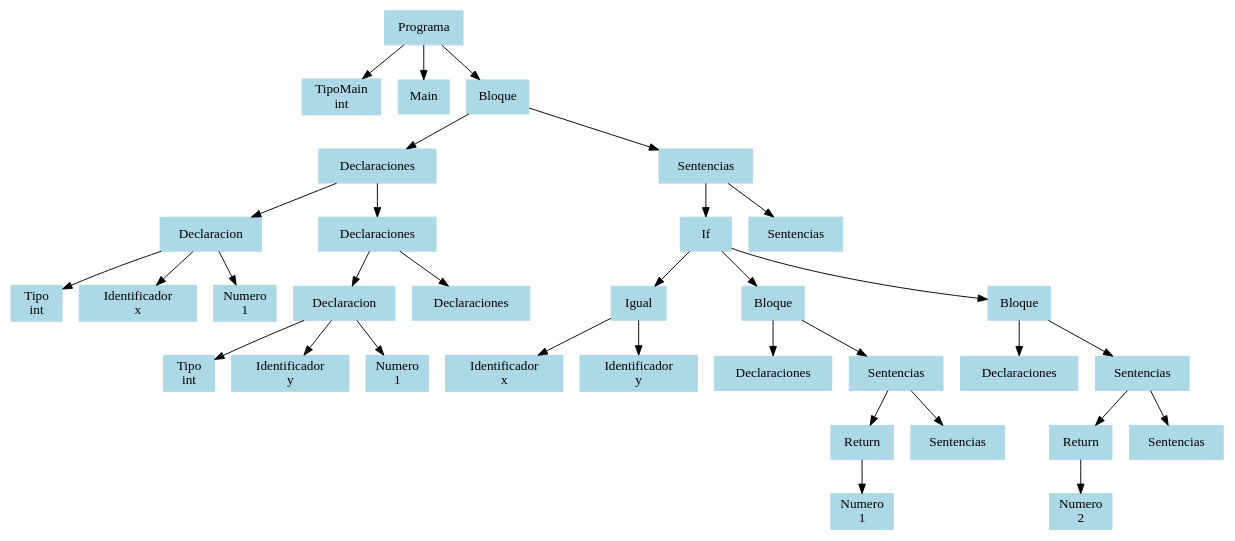
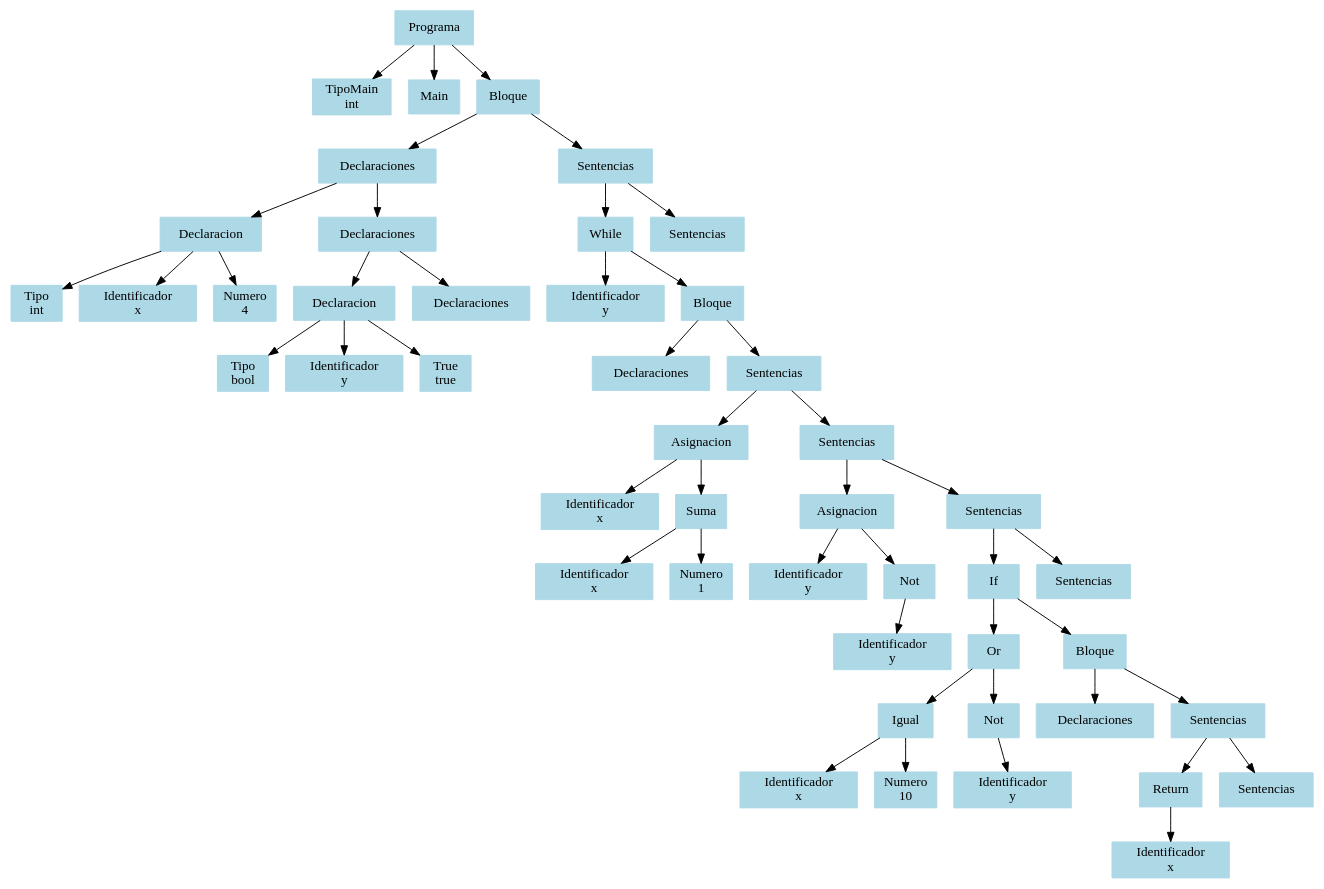
The diagram in ast.dot (JoelRodriguez174/PreProyecto_Compiladores), drawn with Graphviz before and after one commit. The commit also changed 8 other files, not shown here.

```diff
--- a/ast.dot
+++ b/ast.dot
@@ -1,68 +1,96 @@
 digraph AST {
   node [shape=box, style=filled, color=lightblue, fontname="Consolas"];
-  n32 [label="Programa"];
-  n32 -> n1;
+  n46 [label="Programa"];
+  n46 -> n1;
   n1 [label="TipoMain\nint"];
-  n32 -> n33;
-  n33 [label="Main"];
-  n32 -> n31;
-  n31 [label="Bloque"];
-  n31 -> n12;
+  n46 -> n47;
+  n47 [label="Main"];
+  n46 -> n45;
+  n45 [label="Bloque"];
+  n45 -> n12;
   n12 [label="Declaraciones"];
   n12 -> n4;
   n4 [label="Declaracion"];
   n4 -> n2;
   n2 [label="Tipo\nint"];
   n4 -> n5;
   n5 [label="Identificador\nx"];
   n4 -> n3;
-  n3 [label="Numero\n1"];
+  n3 [label="Numero\n4"];
   n12 -> n11;
   n11 [label="Declaraciones"];
   n11 -> n8;
   n8 [label="Declaracion"];
   n8 -> n6;
-  n6 [label="Tipo\nint"];
+  n6 [label="Tipo\nbool"];
   n8 -> n9;
   n9 [label="Identificador\ny"];
   n8 -> n7;
-  n7 [label="Numero\n1"];
+  n7 [label="True\ntrue"];
   n11 -> n10;
   n10 [label="Declaraciones"];
-  n31 -> n30;
-  n30 [label="Sentencias"];
-  n30 -> n28;
-  n28 [label="If"];
-  n28 -> n15;
-  n15 [label="Igual"];
-  n15 -> n13;
-  n13 [label="Identificador\nx"];
-  n15 -> n14;
-  n14 [label="Identificador\ny"];
-  n28 -> n21;
-  n21 [label="Bloque"];
-  n21 -> n16;
-  n16 [label="Declaraciones"];
+  n45 -> n44;
+  n44 [label="Sentencias"];
+  n44 -> n42;
+  n42 [label="While"];
+  n42 -> n13;
+  n13 [label="Identificador\ny"];
+  n42 -> n41;
+  n41 [label="Bloque"];
+  n41 -> n14;
+  n14 [label="Declaraciones"];
+  n41 -> n40;
+  n40 [label="Sentencias"];
+  n40 -> n18;
+  n18 [label="Asignacion"];
+  n18 -> n19;
+  n19 [label="Identificador\nx"];
+  n18 -> n17;
+  n17 [label="Suma"];
+  n17 -> n15;
+  n15 [label="Identificador\nx"];
+  n17 -> n16;
+  n16 [label="Numero\n1"];
+  n40 -> n39;
+  n39 [label="Sentencias"];
+  n39 -> n22;
+  n22 [label="Asignacion"];
+  n22 -> n23;
+  n23 [label="Identificador\ny"];
+  n22 -> n21;
+  n21 [label="Not"];
   n21 -> n20;
-  n20 [label="Sentencias"];
-  n20 -> n18;
-  n18 [label="Return"];
-  n18 -> n17;
-  n17 [label="Numero\n1"];
-  n20 -> n19;
-  n19 [label="Sentencias"];
+  n20 [label="Identificador\ny"];
+  n39 -> n38;
+  n38 [label="Sentencias"];
+  n38 -> n36;
+  n36 [label="If"];
+  n36 -> n29;
+  n29 [label="Or"];
+  n29 -> n26;
+  n26 [label="Igual"];
+  n26 -> n24;
+  n24 [label="Identificador\nx"];
+  n26 -> n25;
+  n25 [label="Numero\n10"];
+  n29 -> n28;
+  n28 [label="Not"];
   n28 -> n27;
-  n27 [label="Bloque"];
-  n27 -> n22;
-  n22 [label="Declaraciones"];
-  n27 -> n26;
-  n26 [label="Sentencias"];
-  n26 -> n24;
-  n24 [label="Return"];
-  n24 -> n23;
-  n23 [label="Numero\n2"];
-  n26 -> n25;
-  n25 [label="Sentencias"];
-  n30 -> n29;
-  n29 [label="Sentencias"];
+  n27 [label="Identificador\ny"];
+  n36 -> n35;
+  n35 [label="Bloque"];
+  n35 -> n30;
+  n30 [label="Declaraciones"];
+  n35 -> n34;
+  n34 [label="Sentencias"];
+  n34 -> n32;
+  n32 [label="Return"];
+  n32 -> n31;
+  n31 [label="Identificador\nx"];
+  n34 -> n33;
+  n33 [label="Sentencias"];
+  n38 -> n37;
+  n37 [label="Sentencias"];
+  n44 -> n43;
+  n43 [label="Sentencias"];
 }
```
